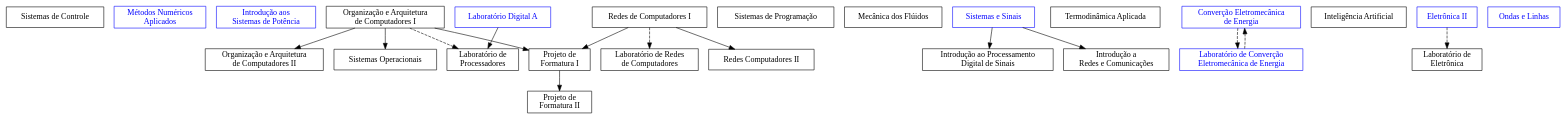
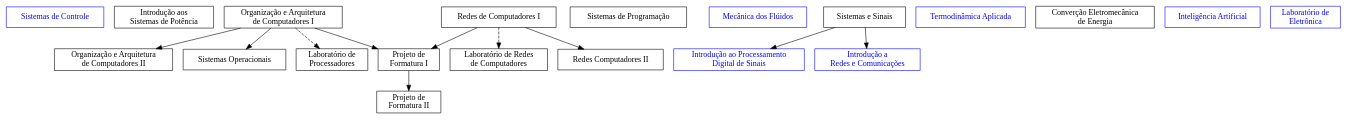
Before and after one commit to nmcardoso/poli: the diagram in materias/materias.gv, drawn with Graphviz. The commit also changed 1 other file, not shown here.

```diff
--- a/materias/materias.gv
+++ b/materias/materias.gv
@@ -1,67 +1,52 @@
 digraph g {
   # defaults
   node [shape=box];
 
 
-	# 2021/02
-	PTC3313 [label="Sistemas de Controle"];
+	PTC3313 [label="Sistemas de Controle", color="blue", fontcolor="blue"];
 
-	
-	MAP3121 [label="Métodos Numéricos\n Aplicados", color="blue", fontcolor="blue"];
-	PEA3301 [label="Introdução aos\n Sistemas de Potência", color="blue", fontcolor="blue"];
+	PEA3301 [label="Introdução aos\n Sistemas de Potência"];
   PCS3412 [label="Organização e Arquitetura\n de Computadores I"];
 	PCS3216 [label="Sistemas de Programação"];
-	PCS3335 [label="Laboratório Digital A", color="blue", fontcolor="blue"];
-  PME3332 [label="Mecânica dos Flúidos"];
-	PTC3307 [label="Sistemas e Sinais", color="blue", fontcolor="blue"];
-  PME3344 [label="Termodinâmica Aplicada"];
-	PEA3306 [label="Converção Eletromecânica\n de Energia", color="blue", fontcolor="blue"];
-	PEA3311 [label="Laboratório de Converção\n Eletromecânica de Energia", color="blue", fontcolor="blue"];
+  PME3332 [label="Mecânica dos Flúidos", color="blue", fontcolor="blue"];
+	PTC3307 [label="Sistemas e Sinais"];
+  PME3344 [label="Termodinâmica Aplicada", color="blue", fontcolor="blue"];
+	PEA3306 [label="Converção Eletromecânica\n de Energia"];
 
-
-  PCS3438 [label="Inteligência Artificial"];
-	PSI3322 [label="Eletrônica II", color="blue", fontcolor="blue"];
-	PSI3323 [label="Laboratório de\n Eletrônica"];
-	PTC3314 [label="Ondas e Linhas", color="blue", fontcolor="blue"];
-	PTC3361 [label="Introdução ao Processamento\n Digital de Sinais"];
-	PTC3360 [label="Introdução a\n Redes e Comunicações"];
+  PCS3438 [label="Inteligência Artificial", color="blue", fontcolor="blue"];
+	PSI3323 [label="Laboratório de\n Eletrônica", color="blue", fontcolor="blue"];
+	PTC3361 [label="Introdução ao Processamento\n Digital de Sinais", color="blue", fontcolor="blue"];
+	PTC3360 [label="Introdução a\n Redes e Comunicações", color="blue", fontcolor="blue"];
 	PCS3422 [label="Organização e Arquitetura\n de Computadores II"];
 	PCS3446 [label="Sistemas Operacionais"];
-	
 
 	PCS3432 [label="Laboratório de\n Processadores"];
 	PCS3414 [label="Redes de Computadores I"];
 	PCS3434 [label="Laboratório de Redes\n de Computadores"];
 	PCS3550 [label="Projeto de\n Formatura I"];
 	#M1 [label="Módulo I"];
 	#M2 [label="Módulo II"];
 	#M3 [label="Módulo III"];
 	#PCS3567 [label="Estágio Supervisionado"];
 	
-	
 	PCS3424 [label="Redes Computadores II"];
 	PCS3560 [label="Projeto de\n Formatura II"];
 	#M4 [label="Módulo IV"];
 	#M5 [label="Módulo V"];
 	#M6 [label="Módulo VI"];
 	#PCS3577 [label="Estágio Supervisionado II"];
 	
 	
 	
-	PEA3311 -> PEA3306 [style="dashed"];
-	PEA3306 -> PEA3311 [style="dashed"];
-	
-	PSI3322 -> PSI3323 [style="dashed"];
 	PTC3307 -> PTC3361;
 	PTC3307 -> PTC3360;
 	PCS3412 -> PCS3422;
 	PCS3412 -> PCS3446;
 	
-	PCS3335 -> PCS3432;
 	PCS3412 -> PCS3432 [style="dashed"];
 	PCS3414 -> PCS3434 [style="dashed"];
 	{PCS3414, PCS3412} -> PCS3550;
 	
 	PCS3414 -> PCS3424;
 	PCS3550 -> PCS3560;
 }
```
